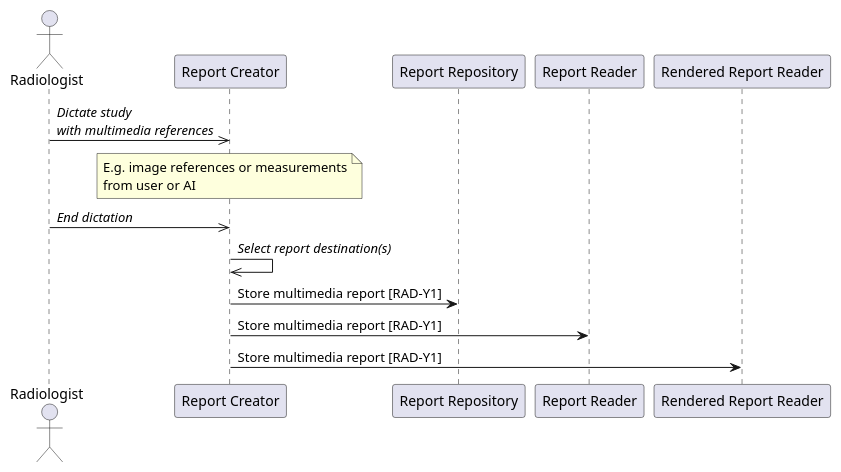
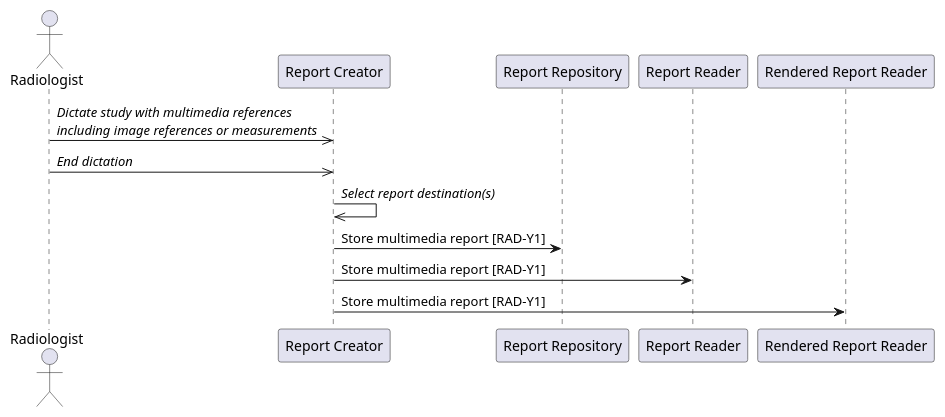
The diagram in input/images-source/uc1-authoring-report.plantuml (IHE/RAD.IMR), drawn with PlantUML before and after one commit.

Commit message:
Merged note into the first transaction.

```diff
--- a/input/images-source/uc1-authoring-report.plantuml
+++ b/input/images-source/uc1-authoring-report.plantuml
@@ -1,23 +1,19 @@
 @startuml
 
 actor "Radiologist" as Rad
 
 participant "Report Creator" as RCreator
 participant "Report Repository" as Repo
 participant "Report Reader" as Reader
 participant "Rendered Report Reader" as RenderedReader
 
-Rad->>RCreator: //Dictate study//\n//with multimedia references//
-note over RCreator
-E.g. image references or measurements
-from user or AI
-end note
+Rad->>RCreator: //Dictate study with multimedia references//\n//including image references or measurements//
 Rad->>RCreator: //End dictation//
 
 RCreator->>RCreator: //Select report destination(s)//
 RCreator->Repo: Store multimedia report [RAD-Y1]
 RCreator->Reader: Store multimedia report [RAD-Y1]
 RCreator->RenderedReader: Store multimedia report [RAD-Y1]
 
 
 @enduml
```
